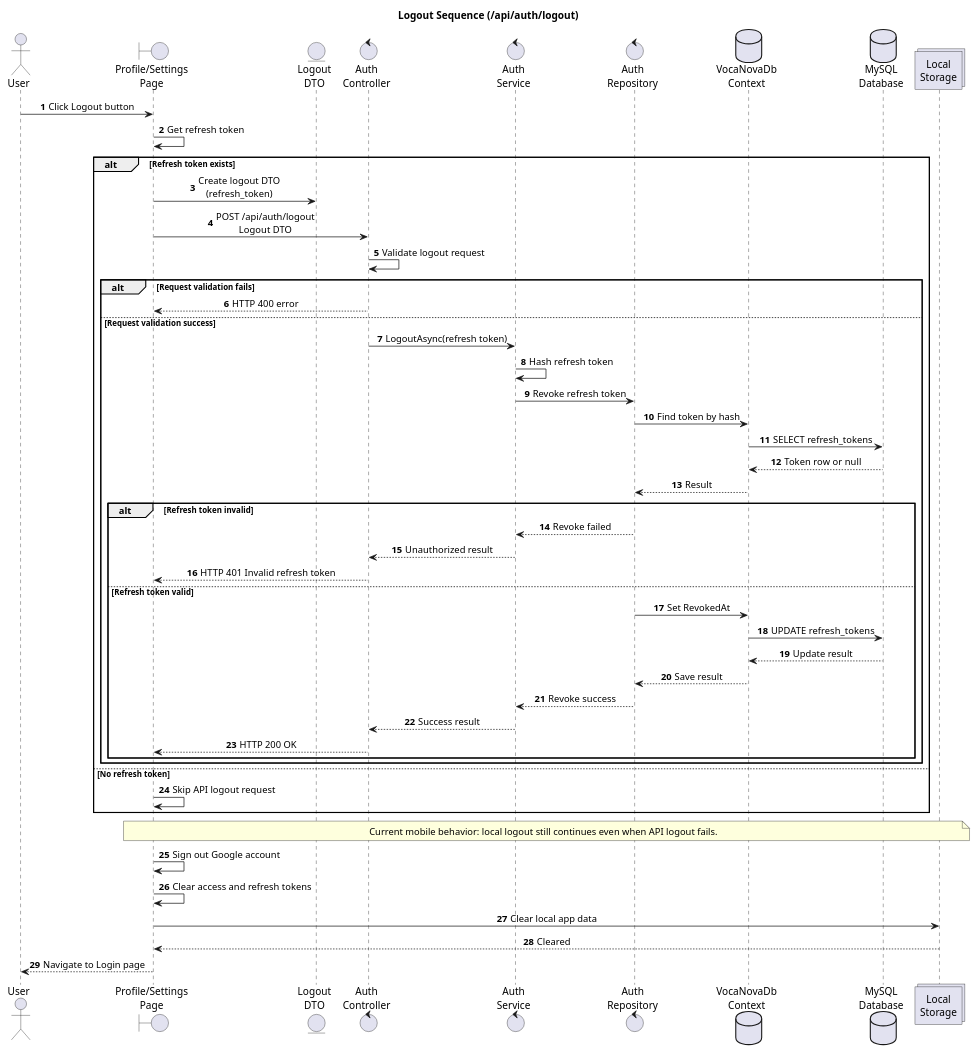
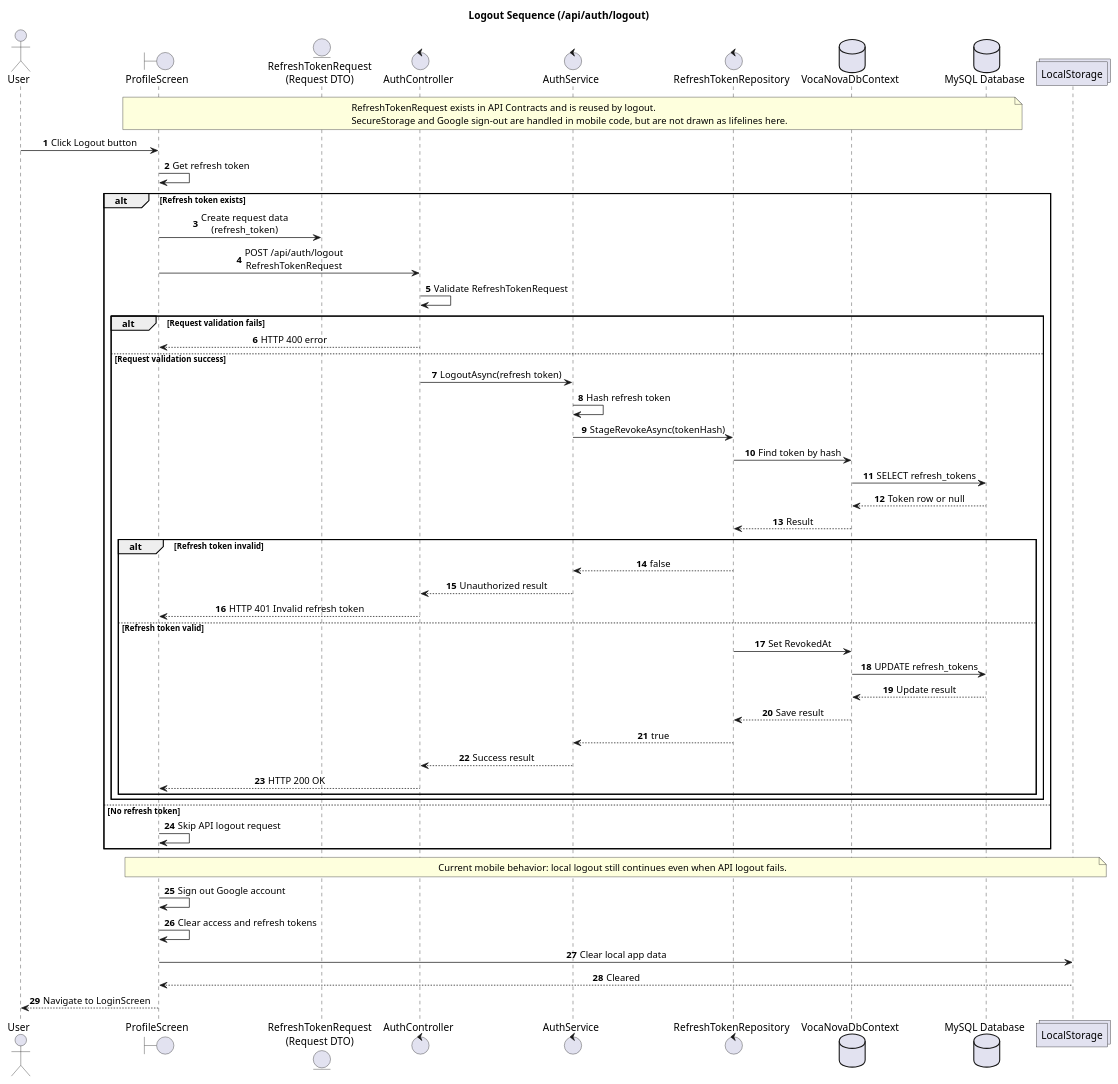
One commit to thisIsCenx04/VocaNova changed the diagram in docs/diagrams/auth-logout-sequence.puml. Above: the diagram before and after it, drawn with PlantUML. The commit also changed 4 other files, not shown here.

Commit message:
fix/auth-sequences

```diff
--- a/docs/diagrams/auth-logout-sequence.puml
+++ b/docs/diagrams/auth-logout-sequence.puml
@@ -1,65 +1,70 @@
 @startuml
 title Logout Sequence (/api/auth/logout)
 
 autonumber
 skinparam responseMessageBelowArrow true
 skinparam sequenceMessageAlign center
 
 actor User
-boundary "Profile/Settings\nPage" as LogoutPage
-entity "Logout\nDTO" as LogoutDto
-control "Auth\nController" as AuthController
-control "Auth\nService" as AuthService
-control "Auth\nRepository" as AuthRepository
-database "VocaNovaDb\nContext" as DbContext
-database "MySQL\nDatabase" as MySQL
-collections "Local\nStorage" as LocalStorage
+boundary "ProfileScreen" as ProfileScreen
+entity "RefreshTokenRequest\n(Request DTO)" as RefreshTokenRequest
+control "AuthController" as AuthController
+control "AuthService" as AuthService
+control "RefreshTokenRepository" as RefreshTokenRepository
+database "VocaNovaDbContext" as DbContext
+database "MySQL Database" as MySQL
+collections "LocalStorage" as LocalStorage
 
-User -> LogoutPage: Click Logout button
-LogoutPage -> LogoutPage: Get refresh token
+note over ProfileScreen, MySQL
+RefreshTokenRequest exists in API Contracts and is reused by logout.
+SecureStorage and Google sign-out are handled in mobile code, but are not drawn as lifelines here.
+end note
+
+User -> ProfileScreen: Click Logout button
+ProfileScreen -> ProfileScreen: Get refresh token
 
 alt Refresh token exists
-    LogoutPage -> LogoutDto: Create logout DTO\n(refresh_token)
-    LogoutPage -> AuthController: POST /api/auth/logout\nLogout DTO
-    AuthController -> AuthController: Validate logout request
+    ProfileScreen -> RefreshTokenRequest: Create request data\n(refresh_token)
+    ProfileScreen -> AuthController: POST /api/auth/logout\nRefreshTokenRequest
+    AuthController -> AuthController: Validate RefreshTokenRequest
 
     alt Request validation fails
-        AuthController --> LogoutPage: HTTP 400 error
+        AuthController --> ProfileScreen: HTTP 400 error
     else Request validation success
         AuthController -> AuthService: LogoutAsync(refresh token)
         AuthService -> AuthService: Hash refresh token
-        AuthService -> AuthRepository: Revoke refresh token
-        AuthRepository -> DbContext: Find token by hash
+        AuthService -> RefreshTokenRepository: StageRevokeAsync(tokenHash)
+        RefreshTokenRepository -> DbContext: Find token by hash
         DbContext -> MySQL: SELECT refresh_tokens
         MySQL --> DbContext: Token row or null
-        DbContext --> AuthRepository: Result
+        DbContext --> RefreshTokenRepository: Result
 
         alt Refresh token invalid
-            AuthRepository --> AuthService: Revoke failed
+            RefreshTokenRepository --> AuthService: false
             AuthService --> AuthController: Unauthorized result
-            AuthController --> LogoutPage: HTTP 401 Invalid refresh token
+            AuthController --> ProfileScreen: HTTP 401 Invalid refresh token
         else Refresh token valid
-            AuthRepository -> DbContext: Set RevokedAt
+            RefreshTokenRepository -> DbContext: Set RevokedAt
             DbContext -> MySQL: UPDATE refresh_tokens
             MySQL --> DbContext: Update result
-            DbContext --> AuthRepository: Save result
-            AuthRepository --> AuthService: Revoke success
+            DbContext --> RefreshTokenRepository: Save result
+            RefreshTokenRepository --> AuthService: true
             AuthService --> AuthController: Success result
-            AuthController --> LogoutPage: HTTP 200 OK
+            AuthController --> ProfileScreen: HTTP 200 OK
         end
     end
 else No refresh token
-    LogoutPage -> LogoutPage: Skip API logout request
+    ProfileScreen -> ProfileScreen: Skip API logout request
 end
 
-note over LogoutPage, LocalStorage
+note over ProfileScreen, LocalStorage
 Current mobile behavior: local logout still continues even when API logout fails.
 end note
 
-LogoutPage -> LogoutPage: Sign out Google account
-LogoutPage -> LogoutPage: Clear access and refresh tokens
-LogoutPage -> LocalStorage: Clear local app data
-LocalStorage --> LogoutPage: Cleared
-LogoutPage --> User: Navigate to Login page
+ProfileScreen -> ProfileScreen: Sign out Google account
+ProfileScreen -> ProfileScreen: Clear access and refresh tokens
+ProfileScreen -> LocalStorage: Clear local app data
+LocalStorage --> ProfileScreen: Cleared
+ProfileScreen --> User: Navigate to LoginScreen
 
 @enduml
```
